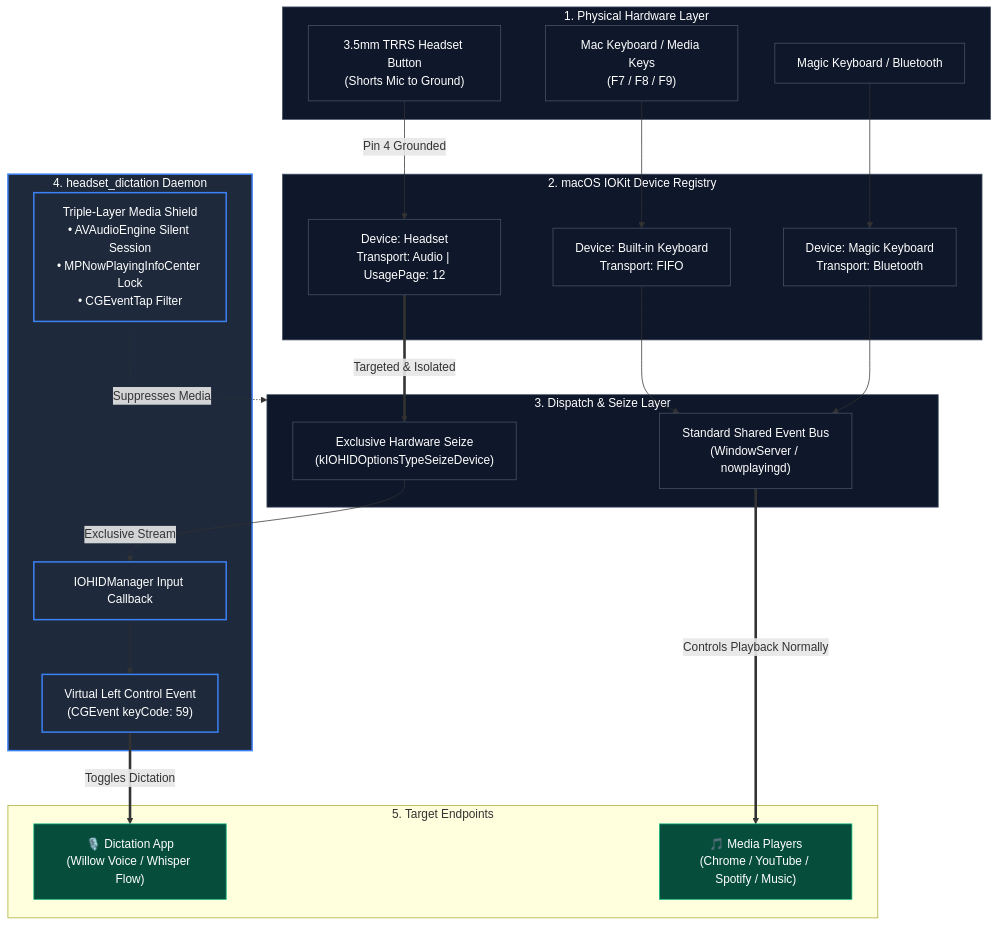
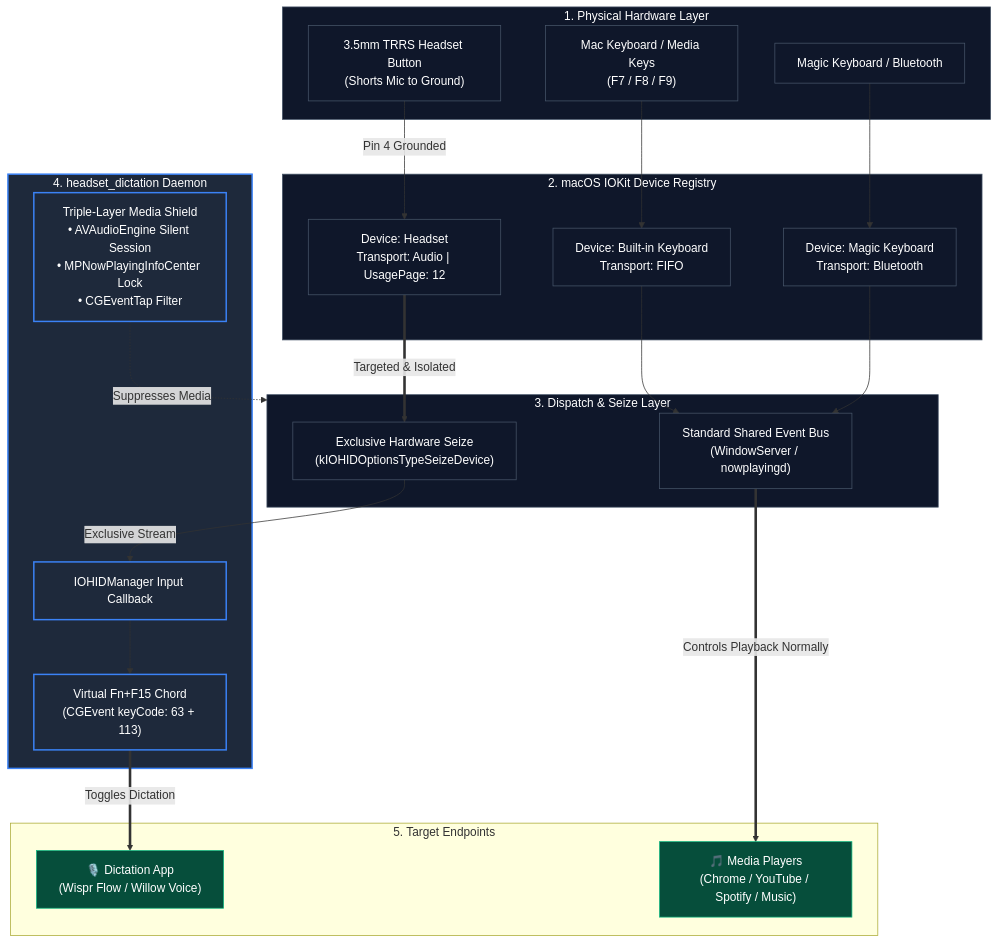
Before and after one commit to matgCodes/headset-dictation: the first of 3 diagrams in README.md, drawn with Mermaid. The commit also changed other lines of this file and 1 other file, not shown here.

First line of the commit message:
feat: trigger Wispr Flow push-to-talk via the Fn+F15 chord

````diff
--- a/README.md
+++ b/README.md
@@ -70,52 +73,52 @@
 ```mermaid
 graph TD
     subgraph Hardware["1. Physical Hardware Layer"]
         Headset["3.5mm TRRS Headset Button<br/>(Shorts Mic to Ground)"]
         Kbd["Mac Keyboard / Media Keys<br/>(F7 / F8 / F9)"]
         BT["Magic Keyboard / Bluetooth"]
     end
 
     subgraph IOKit["2. macOS IOKit Device Registry"]
         DevAudio["Device: Headset<br/>Transport: Audio | UsagePage: 12"]
         DevFIFO["Device: Built-in Keyboard<br/>Transport: FIFO"]
         DevBT["Device: Magic Keyboard<br/>Transport: Bluetooth"]
     end
 
     Headset -->|Pin 4 Grounded| DevAudio
     Kbd --> DevFIFO
     BT --> DevBT
 
     subgraph Dispatch["3. Dispatch & Seize Layer"]
         Seize["Exclusive Hardware Seize<br/>(kIOHIDOptionsTypeSeizeDevice)"]
         Shared["Standard Shared Event Bus<br/>(WindowServer / nowplayingd)"]
     end
 
     DevAudio ==>|Targeted & Isolated| Seize
     DevFIFO --> Shared
     DevBT --> Shared
 
     subgraph Daemon["4. headset_dictation Daemon"]
         Listener["IOHIDManager Input Callback"]
         Shield["Triple-Layer Media Shield<br/>• AVAudioEngine Silent Session<br/>• MPNowPlayingInfoCenter Lock<br/>• CGEventTap Filter"]
-        VirtKey["Virtual Left Control Event<br/>(CGEvent keyCode: 59)"]
+        VirtKey["Virtual Fn+F15 Chord<br/>(CGEvent keyCode: 63 + 113)"]
     end
 
     Seize -->|Exclusive Stream| Listener
     Listener --> VirtKey
     Shield -.->|Suppresses Media| Dispatch
 
     subgraph Endpoints["5. Target Endpoints"]
-        Willow["🎙️ Dictation App<br/>(Willow Voice / Whisper Flow)"]
+        Willow["🎙️ Dictation App<br/>(Wispr Flow / Willow Voice)"]
         Media["🎵 Media Players<br/>(Chrome / YouTube / Spotify / Music)"]
     end
 
     VirtKey ==>|Toggles Dictation| Willow
     Shared ==>|Controls Playback Normally| Media
 
     classDef daemon fill:#1e293b,stroke:#3b82f6,stroke-width:2px,color:#fff;
     classDef hardware fill:#0f172a,stroke:#475569,stroke-width:1px,color:#fff;
     classDef endpoint fill:#064e3b,stroke:#10b981,stroke-width:1px,color:#fff;
     class Daemon,Listener,Shield,VirtKey daemon;
     class Hardware,Headset,Kbd,BT,IOKit,DevAudio,DevFIFO,DevBT,Dispatch,Seize,Shared hardware;
     class Willow,Media endpoint;
 ```
````
